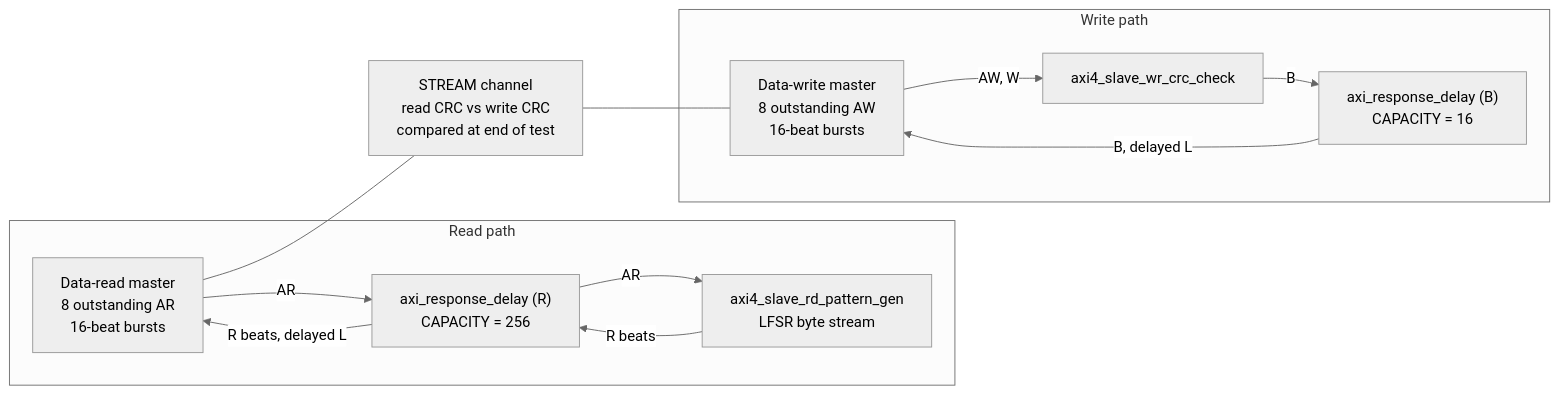
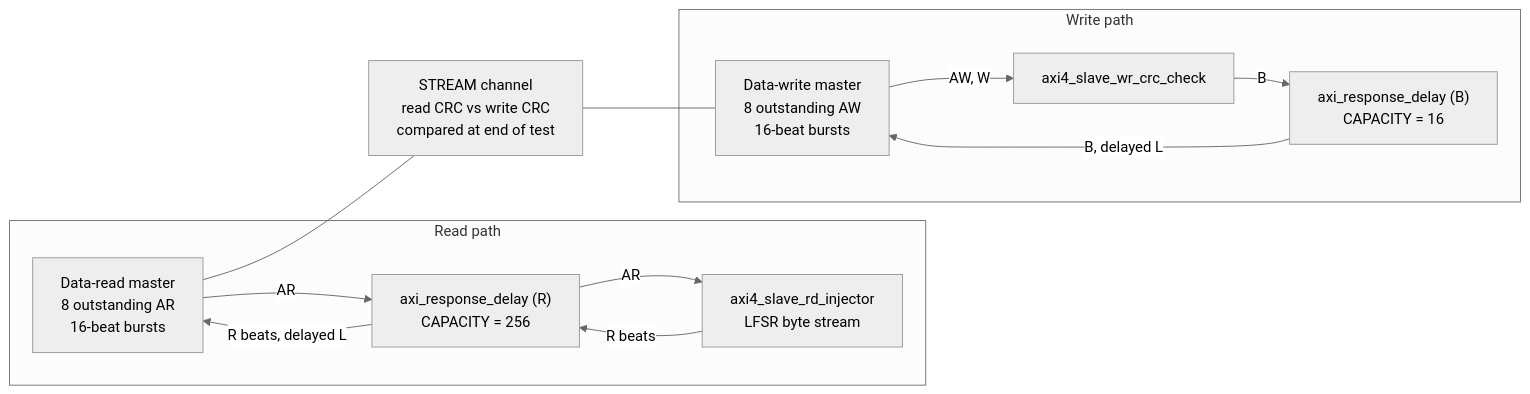
One commit to sean-galloway/RTLDesignSherpa changed the diagram in projects/fpga-systems/Genesys2/dma-ip/stream/docs/assets/mmd/02_data_path.mmd. Above: the diagram before and after it, drawn with Mermaid. The commit also changed 105 other files, not shown here.

First line of the commit message:
refactor(amba): rename characterization *pattern_gen blocks to *injector

```diff
--- a/projects/fpga-systems/Genesys2/dma-ip/stream/docs/assets/mmd/02_data_path.mmd
+++ b/projects/fpga-systems/Genesys2/dma-ip/stream/docs/assets/mmd/02_data_path.mmd
@@ -1,15 +1,15 @@
 %%{init: {'theme': 'neutral'}}%%
 flowchart LR
     subgraph RD["Read path"]
         R1["Data-read master<br/>8 outstanding AR<br/>16-beat bursts"] -->|AR| R2["axi_response_delay (R)<br/>CAPACITY = 256"]
-        R2 -->|AR| R3["axi4_slave_rd_pattern_gen<br/>LFSR byte stream"]
+        R2 -->|AR| R3["axi4_slave_rd_injector<br/>LFSR byte stream"]
         R3 -->|R beats| R2
         R2 -->|"R beats, delayed L"| R1
     end
     subgraph WR["Write path"]
         W1["Data-write master<br/>8 outstanding AW<br/>16-beat bursts"] -->|"AW, W"| W3["axi4_slave_wr_crc_check"]
         W3 -->|B| W2["axi_response_delay (B)<br/>CAPACITY = 16"]
         W2 -->|"B, delayed L"| W1
     end
     R1 --- ENG["STREAM channel<br/>read CRC vs write CRC<br/>compared at end of test"]
     ENG --- W1
```
